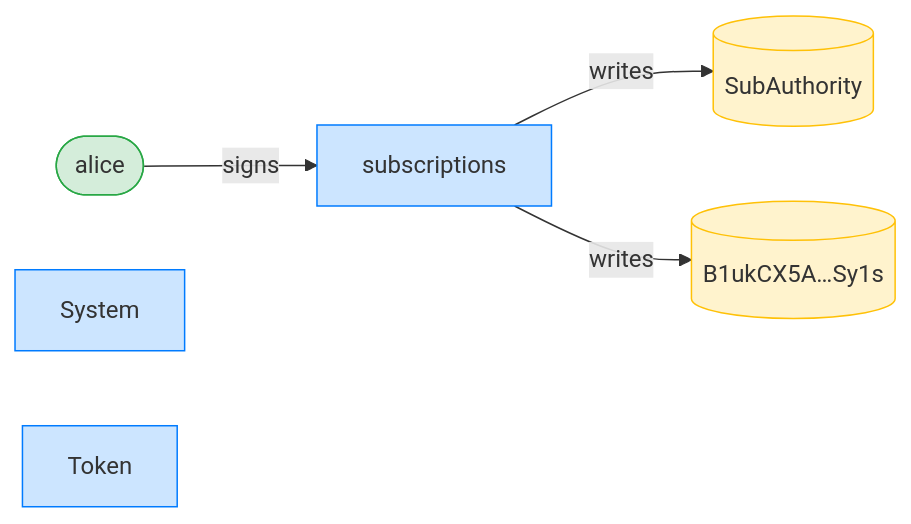
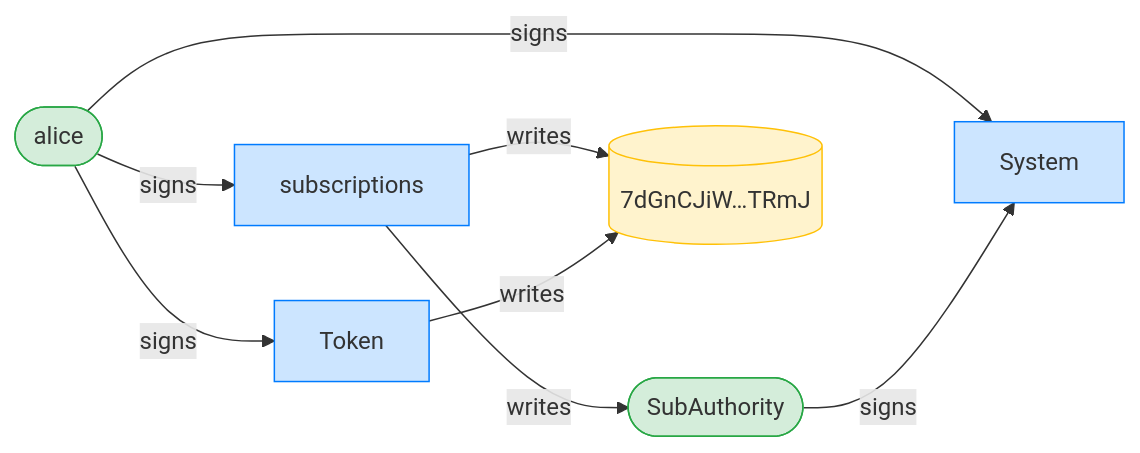
One commit to cds-rs/subscriptions changed the third of 4 diagrams in dsl_tests/initialize-a-subscription-authority.md. Above: the diagram before and after it, drawn with Mermaid. The commit also changed other lines of this file and 224 other files, not shown here.

````diff
--- a/dsl_tests/initialize-a-subscription-authority.md
+++ b/dsl_tests/initialize-a-subscription-authority.md
@@ -55,15 +56,19 @@
 ```mermaid
 flowchart LR
     classDef signer fill:#d4edda,stroke:#28a745;
     classDef program fill:#cce5ff,stroke:#007bff;
     classDef writable fill:#fff3cd,stroke:#ffc107;
     subscriptions[subscriptions]:::program
     alice([alice]):::signer
-    SubAuthority[(SubAuthority)]:::writable
-    B1ukCX5A_Sy1s[("B1ukCX5A…Sy1s")]:::writable
+    SubAuthority([SubAuthority]):::signer
+    7dGnCJiW_TRmJ[("7dGnCJiW…TRmJ")]:::writable
     System[System]:::program
     Token[Token]:::program
     alice -->|signs| subscriptions
+    alice -->|signs| System
+    SubAuthority -->|signs| System
+    alice -->|signs| Token
     subscriptions -->|writes| SubAuthority
-    subscriptions -->|writes| B1ukCX5A_Sy1s
+    subscriptions -->|writes| 7dGnCJiW_TRmJ
+    Token -->|writes| 7dGnCJiW_TRmJ
 ```
````
